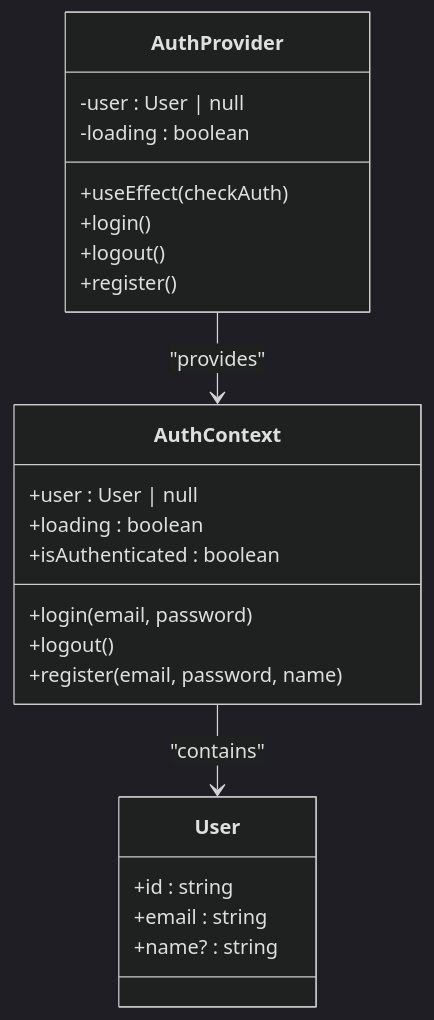
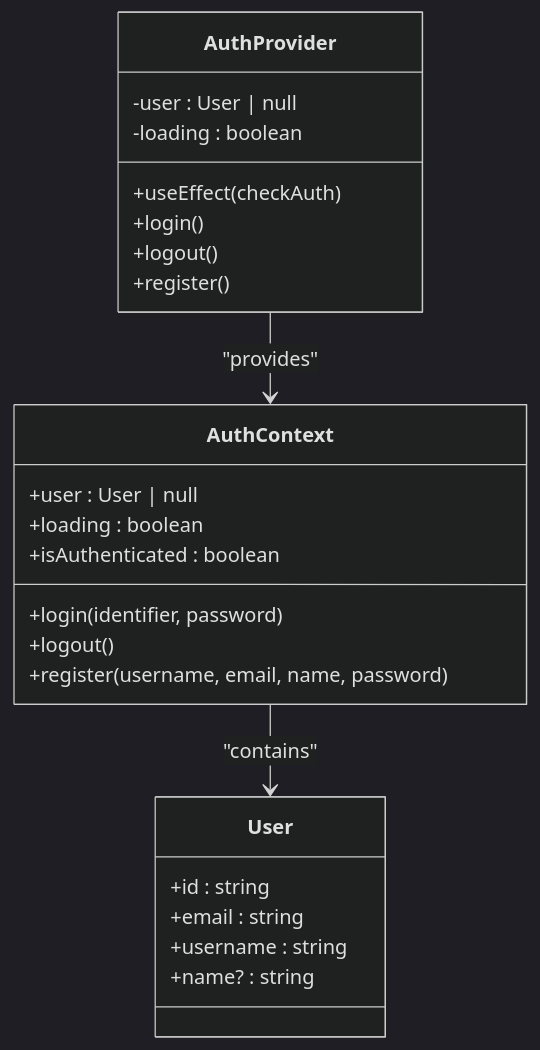
Diagram 16 of 16 in .qoder/repowiki/en/content/Authentication & User Management/Authentication & User Management.md (Brimstow/ThumPiks), drawn with Mermaid (dark theme) before and after one commit. The commit also changed other lines of this file and 900 other files, not shown here.

````diff
--- a/.qoder/repowiki/en/content/Authentication & User Management/Authentication & User Management.md
+++ b/.qoder/repowiki/en/content/Authentication & User Management/Authentication & User Management.md
@@ -326,26 +809,27 @@
 ```mermaid
 classDiagram
 class AuthContext {
 +user : User | null
 +loading : boolean
 +isAuthenticated : boolean
-+login(email, password)
++login(identifier, password)
 +logout()
-+register(email, password, name)
++register(username, email, name, password)
 }
 class User {
 +id : string
 +email : string
++username : string
 +name? : string
 }
 class AuthProvider {
 -user : User | null
 -loading : boolean
 +useEffect(checkAuth)
 +login()
 +logout()
 +register()
 }
 AuthProvider --> AuthContext : "provides"
 AuthContext --> User : "contains"
 ```
````
